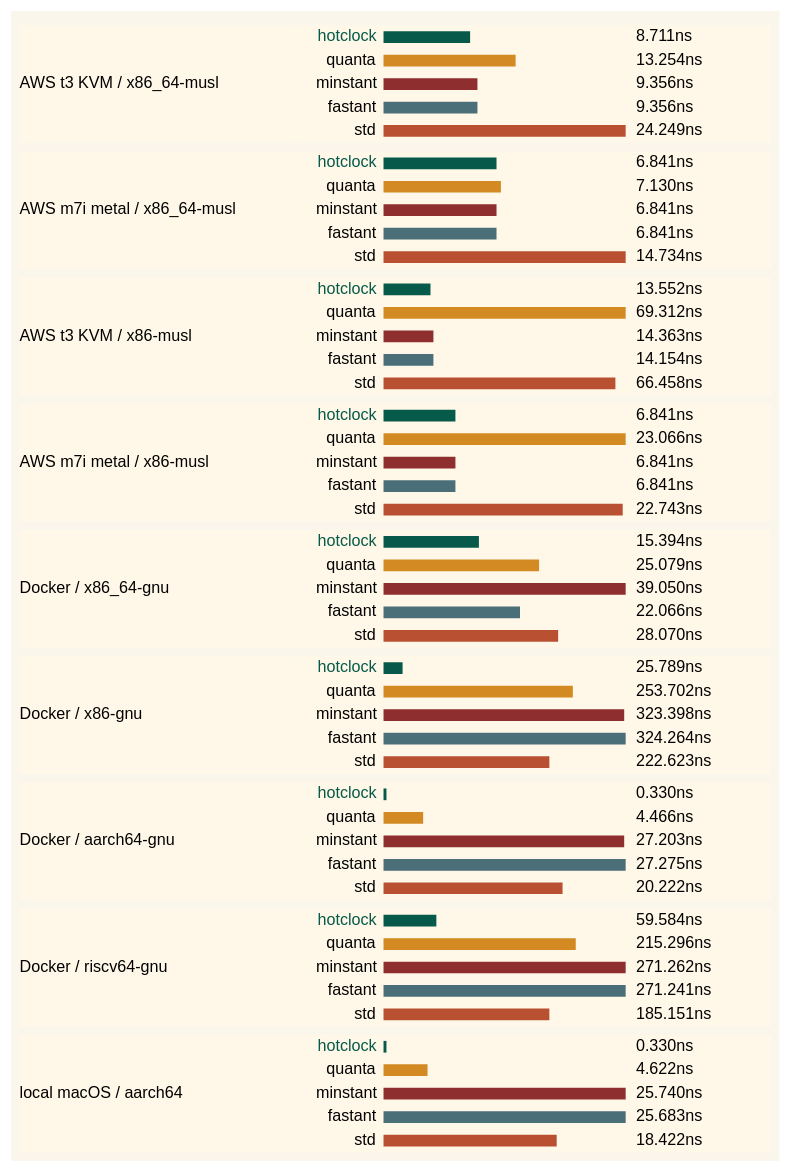
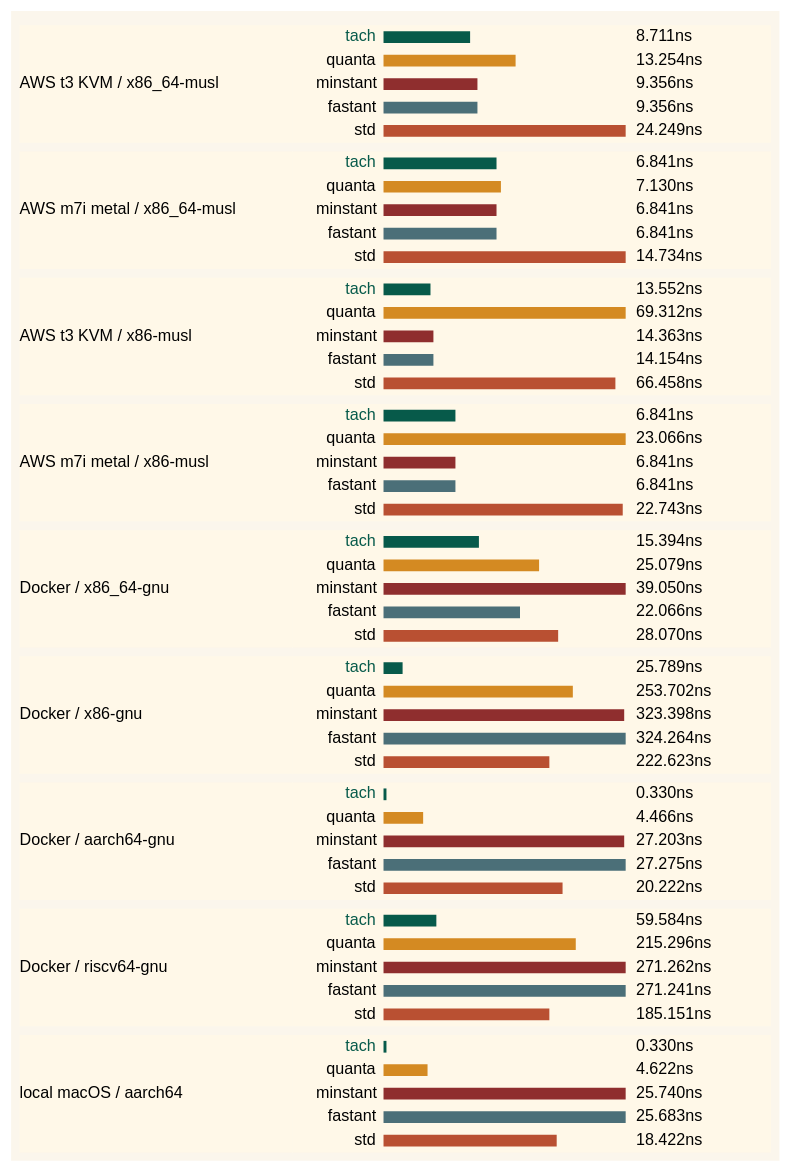
One commit to spence/hotclock changed the diagram in benches/assets/benchmark.dot. Above: the diagram before and after it, drawn with Graphviz. The commit also changed 31 other files, not shown here.

```diff
--- a/benches/assets/benchmark.dot
+++ b/benches/assets/benchmark.dot
@@ -32,7 +32,7 @@
           <TD ALIGN="LEFT" BGCOLOR="#FFF8E8" WIDTH="186">AWS t3 KVM / x86_64-musl</TD>
           <TD ALIGN="LEFT" BGCOLOR="#FFF8E8" WIDTH="326">
             <TABLE BORDER="0" CELLBORDER="0" CELLSPACING="0" CELLPADDING="2">
-              <TR><TD ALIGN="RIGHT" WIDTH="56"><FONT COLOR="#075A4A">hotclock</FONT></TD><TD ALIGN="LEFT" WIDTH="170"><TABLE BORDER="0" CELLBORDER="0" CELLSPACING="0"><TR><TD BGCOLOR="#075A4A" WIDTH="59" HEIGHT="8" FIXEDSIZE="TRUE"></TD><TD WIDTH="106" HEIGHT="8" FIXEDSIZE="TRUE"></TD></TR></TABLE></TD><TD ALIGN="LEFT" WIDTH="92">8.711ns</TD></TR>
+              <TR><TD ALIGN="RIGHT" WIDTH="56"><FONT COLOR="#075A4A">tach</FONT></TD><TD ALIGN="LEFT" WIDTH="170"><TABLE BORDER="0" CELLBORDER="0" CELLSPACING="0"><TR><TD BGCOLOR="#075A4A" WIDTH="59" HEIGHT="8" FIXEDSIZE="TRUE"></TD><TD WIDTH="106" HEIGHT="8" FIXEDSIZE="TRUE"></TD></TR></TABLE></TD><TD ALIGN="LEFT" WIDTH="92">8.711ns</TD></TR>
               <TR><TD ALIGN="RIGHT">quanta</TD><TD ALIGN="LEFT"><TABLE BORDER="0" CELLBORDER="0" CELLSPACING="0"><TR><TD BGCOLOR="#D48A22" WIDTH="90" HEIGHT="8" FIXEDSIZE="TRUE"></TD><TD WIDTH="75" HEIGHT="8" FIXEDSIZE="TRUE"></TD></TR></TABLE></TD><TD ALIGN="LEFT">13.254ns</TD></TR>
               <TR><TD ALIGN="RIGHT">minstant</TD><TD ALIGN="LEFT"><TABLE BORDER="0" CELLBORDER="0" CELLSPACING="0"><TR><TD BGCOLOR="#8F2E2E" WIDTH="64" HEIGHT="8" FIXEDSIZE="TRUE"></TD><TD WIDTH="101" HEIGHT="8" FIXEDSIZE="TRUE"></TD></TR></TABLE></TD><TD ALIGN="LEFT">9.356ns</TD></TR>
               <TR><TD ALIGN="RIGHT">fastant</TD><TD ALIGN="LEFT"><TABLE BORDER="0" CELLBORDER="0" CELLSPACING="0"><TR><TD BGCOLOR="#4B6F78" WIDTH="64" HEIGHT="8" FIXEDSIZE="TRUE"></TD><TD WIDTH="101" HEIGHT="8" FIXEDSIZE="TRUE"></TD></TR></TABLE></TD><TD ALIGN="LEFT">9.356ns</TD></TR>
@@ -46,7 +46,7 @@
           <TD ALIGN="LEFT" BGCOLOR="#FFF8E8">AWS m7i metal / x86_64-musl</TD>
           <TD ALIGN="LEFT" BGCOLOR="#FFF8E8">
             <TABLE BORDER="0" CELLBORDER="0" CELLSPACING="0" CELLPADDING="2">
-              <TR><TD ALIGN="RIGHT" WIDTH="56"><FONT COLOR="#075A4A">hotclock</FONT></TD><TD ALIGN="LEFT" WIDTH="170"><TABLE BORDER="0" CELLBORDER="0" CELLSPACING="0"><TR><TD BGCOLOR="#075A4A" WIDTH="77" HEIGHT="8" FIXEDSIZE="TRUE"></TD><TD WIDTH="88" HEIGHT="8" FIXEDSIZE="TRUE"></TD></TR></TABLE></TD><TD ALIGN="LEFT" WIDTH="92">6.841ns</TD></TR>
+              <TR><TD ALIGN="RIGHT" WIDTH="56"><FONT COLOR="#075A4A">tach</FONT></TD><TD ALIGN="LEFT" WIDTH="170"><TABLE BORDER="0" CELLBORDER="0" CELLSPACING="0"><TR><TD BGCOLOR="#075A4A" WIDTH="77" HEIGHT="8" FIXEDSIZE="TRUE"></TD><TD WIDTH="88" HEIGHT="8" FIXEDSIZE="TRUE"></TD></TR></TABLE></TD><TD ALIGN="LEFT" WIDTH="92">6.841ns</TD></TR>
               <TR><TD ALIGN="RIGHT">quanta</TD><TD ALIGN="LEFT"><TABLE BORDER="0" CELLBORDER="0" CELLSPACING="0"><TR><TD BGCOLOR="#D48A22" WIDTH="80" HEIGHT="8" FIXEDSIZE="TRUE"></TD><TD WIDTH="85" HEIGHT="8" FIXEDSIZE="TRUE"></TD></TR></TABLE></TD><TD ALIGN="LEFT">7.130ns</TD></TR>
               <TR><TD ALIGN="RIGHT">minstant</TD><TD ALIGN="LEFT"><TABLE BORDER="0" CELLBORDER="0" CELLSPACING="0"><TR><TD BGCOLOR="#8F2E2E" WIDTH="77" HEIGHT="8" FIXEDSIZE="TRUE"></TD><TD WIDTH="88" HEIGHT="8" FIXEDSIZE="TRUE"></TD></TR></TABLE></TD><TD ALIGN="LEFT">6.841ns</TD></TR>
               <TR><TD ALIGN="RIGHT">fastant</TD><TD ALIGN="LEFT"><TABLE BORDER="0" CELLBORDER="0" CELLSPACING="0"><TR><TD BGCOLOR="#4B6F78" WIDTH="77" HEIGHT="8" FIXEDSIZE="TRUE"></TD><TD WIDTH="88" HEIGHT="8" FIXEDSIZE="TRUE"></TD></TR></TABLE></TD><TD ALIGN="LEFT">6.841ns</TD></TR>
@@ -60,7 +60,7 @@
           <TD ALIGN="LEFT" BGCOLOR="#FFF8E8">AWS t3 KVM / x86-musl</TD>
           <TD ALIGN="LEFT" BGCOLOR="#FFF8E8">
             <TABLE BORDER="0" CELLBORDER="0" CELLSPACING="0" CELLPADDING="2">
-              <TR><TD ALIGN="RIGHT" WIDTH="56"><FONT COLOR="#075A4A">hotclock</FONT></TD><TD ALIGN="LEFT" WIDTH="170"><TABLE BORDER="0" CELLBORDER="0" CELLSPACING="0"><TR><TD BGCOLOR="#075A4A" WIDTH="32" HEIGHT="8" FIXEDSIZE="TRUE"></TD><TD WIDTH="133" HEIGHT="8" FIXEDSIZE="TRUE"></TD></TR></TABLE></TD><TD ALIGN="LEFT" WIDTH="92">13.552ns</TD></TR>
+              <TR><TD ALIGN="RIGHT" WIDTH="56"><FONT COLOR="#075A4A">tach</FONT></TD><TD ALIGN="LEFT" WIDTH="170"><TABLE BORDER="0" CELLBORDER="0" CELLSPACING="0"><TR><TD BGCOLOR="#075A4A" WIDTH="32" HEIGHT="8" FIXEDSIZE="TRUE"></TD><TD WIDTH="133" HEIGHT="8" FIXEDSIZE="TRUE"></TD></TR></TABLE></TD><TD ALIGN="LEFT" WIDTH="92">13.552ns</TD></TR>
               <TR><TD ALIGN="RIGHT">quanta</TD><TD ALIGN="LEFT"><TABLE BORDER="0" CELLBORDER="0" CELLSPACING="0"><TR><TD BGCOLOR="#D48A22" WIDTH="165" HEIGHT="8" FIXEDSIZE="TRUE"></TD><TD WIDTH="1" HEIGHT="8" FIXEDSIZE="TRUE"></TD></TR></TABLE></TD><TD ALIGN="LEFT">69.312ns</TD></TR>
               <TR><TD ALIGN="RIGHT">minstant</TD><TD ALIGN="LEFT"><TABLE BORDER="0" CELLBORDER="0" CELLSPACING="0"><TR><TD BGCOLOR="#8F2E2E" WIDTH="34" HEIGHT="8" FIXEDSIZE="TRUE"></TD><TD WIDTH="131" HEIGHT="8" FIXEDSIZE="TRUE"></TD></TR></TABLE></TD><TD ALIGN="LEFT">14.363ns</TD></TR>
               <TR><TD ALIGN="RIGHT">fastant</TD><TD ALIGN="LEFT"><TABLE BORDER="0" CELLBORDER="0" CELLSPACING="0"><TR><TD BGCOLOR="#4B6F78" WIDTH="34" HEIGHT="8" FIXEDSIZE="TRUE"></TD><TD WIDTH="131" HEIGHT="8" FIXEDSIZE="TRUE"></TD></TR></TABLE></TD><TD ALIGN="LEFT">14.154ns</TD></TR>
@@ -74,7 +74,7 @@
           <TD ALIGN="LEFT" BGCOLOR="#FFF8E8">AWS m7i metal / x86-musl</TD>
           <TD ALIGN="LEFT" BGCOLOR="#FFF8E8">
             <TABLE BORDER="0" CELLBORDER="0" CELLSPACING="0" CELLPADDING="2">
-              <TR><TD ALIGN="RIGHT" WIDTH="56"><FONT COLOR="#075A4A">hotclock</FONT></TD><TD ALIGN="LEFT" WIDTH="170"><TABLE BORDER="0" CELLBORDER="0" CELLSPACING="0"><TR><TD BGCOLOR="#075A4A" WIDTH="49" HEIGHT="8" FIXEDSIZE="TRUE"></TD><TD WIDTH="116" HEIGHT="8" FIXEDSIZE="TRUE"></TD></TR></TABLE></TD><TD ALIGN="LEFT" WIDTH="92">6.841ns</TD></TR>
+              <TR><TD ALIGN="RIGHT" WIDTH="56"><FONT COLOR="#075A4A">tach</FONT></TD><TD ALIGN="LEFT" WIDTH="170"><TABLE BORDER="0" CELLBORDER="0" CELLSPACING="0"><TR><TD BGCOLOR="#075A4A" WIDTH="49" HEIGHT="8" FIXEDSIZE="TRUE"></TD><TD WIDTH="116" HEIGHT="8" FIXEDSIZE="TRUE"></TD></TR></TABLE></TD><TD ALIGN="LEFT" WIDTH="92">6.841ns</TD></TR>
               <TR><TD ALIGN="RIGHT">quanta</TD><TD ALIGN="LEFT"><TABLE BORDER="0" CELLBORDER="0" CELLSPACING="0"><TR><TD BGCOLOR="#D48A22" WIDTH="165" HEIGHT="8" FIXEDSIZE="TRUE"></TD><TD WIDTH="1" HEIGHT="8" FIXEDSIZE="TRUE"></TD></TR></TABLE></TD><TD ALIGN="LEFT">23.066ns</TD></TR>
               <TR><TD ALIGN="RIGHT">minstant</TD><TD ALIGN="LEFT"><TABLE BORDER="0" CELLBORDER="0" CELLSPACING="0"><TR><TD BGCOLOR="#8F2E2E" WIDTH="49" HEIGHT="8" FIXEDSIZE="TRUE"></TD><TD WIDTH="116" HEIGHT="8" FIXEDSIZE="TRUE"></TD></TR></TABLE></TD><TD ALIGN="LEFT">6.841ns</TD></TR>
               <TR><TD ALIGN="RIGHT">fastant</TD><TD ALIGN="LEFT"><TABLE BORDER="0" CELLBORDER="0" CELLSPACING="0"><TR><TD BGCOLOR="#4B6F78" WIDTH="49" HEIGHT="8" FIXEDSIZE="TRUE"></TD><TD WIDTH="116" HEIGHT="8" FIXEDSIZE="TRUE"></TD></TR></TABLE></TD><TD ALIGN="LEFT">6.841ns</TD></TR>
@@ -88,7 +88,7 @@
           <TD ALIGN="LEFT" BGCOLOR="#FFF8E8">Docker / x86_64-gnu</TD>
           <TD ALIGN="LEFT" BGCOLOR="#FFF8E8">
             <TABLE BORDER="0" CELLBORDER="0" CELLSPACING="0" CELLPADDING="2">
-              <TR><TD ALIGN="RIGHT" WIDTH="56"><FONT COLOR="#075A4A">hotclock</FONT></TD><TD ALIGN="LEFT" WIDTH="170"><TABLE BORDER="0" CELLBORDER="0" CELLSPACING="0"><TR><TD BGCOLOR="#075A4A" WIDTH="65" HEIGHT="8" FIXEDSIZE="TRUE"></TD><TD WIDTH="100" HEIGHT="8" FIXEDSIZE="TRUE"></TD></TR></TABLE></TD><TD ALIGN="LEFT" WIDTH="92">15.394ns</TD></TR>
+              <TR><TD ALIGN="RIGHT" WIDTH="56"><FONT COLOR="#075A4A">tach</FONT></TD><TD ALIGN="LEFT" WIDTH="170"><TABLE BORDER="0" CELLBORDER="0" CELLSPACING="0"><TR><TD BGCOLOR="#075A4A" WIDTH="65" HEIGHT="8" FIXEDSIZE="TRUE"></TD><TD WIDTH="100" HEIGHT="8" FIXEDSIZE="TRUE"></TD></TR></TABLE></TD><TD ALIGN="LEFT" WIDTH="92">15.394ns</TD></TR>
               <TR><TD ALIGN="RIGHT">quanta</TD><TD ALIGN="LEFT"><TABLE BORDER="0" CELLBORDER="0" CELLSPACING="0"><TR><TD BGCOLOR="#D48A22" WIDTH="106" HEIGHT="8" FIXEDSIZE="TRUE"></TD><TD WIDTH="59" HEIGHT="8" FIXEDSIZE="TRUE"></TD></TR></TABLE></TD><TD ALIGN="LEFT">25.079ns</TD></TR>
               <TR><TD ALIGN="RIGHT">minstant</TD><TD ALIGN="LEFT"><TABLE BORDER="0" CELLBORDER="0" CELLSPACING="0"><TR><TD BGCOLOR="#8F2E2E" WIDTH="165" HEIGHT="8" FIXEDSIZE="TRUE"></TD><TD WIDTH="1" HEIGHT="8" FIXEDSIZE="TRUE"></TD></TR></TABLE></TD><TD ALIGN="LEFT">39.050ns</TD></TR>
               <TR><TD ALIGN="RIGHT">fastant</TD><TD ALIGN="LEFT"><TABLE BORDER="0" CELLBORDER="0" CELLSPACING="0"><TR><TD BGCOLOR="#4B6F78" WIDTH="93" HEIGHT="8" FIXEDSIZE="TRUE"></TD><TD WIDTH="72" HEIGHT="8" FIXEDSIZE="TRUE"></TD></TR></TABLE></TD><TD ALIGN="LEFT">22.066ns</TD></TR>
@@ -102,7 +102,7 @@
           <TD ALIGN="LEFT" BGCOLOR="#FFF8E8">Docker / x86-gnu</TD>
           <TD ALIGN="LEFT" BGCOLOR="#FFF8E8">
             <TABLE BORDER="0" CELLBORDER="0" CELLSPACING="0" CELLPADDING="2">
-              <TR><TD ALIGN="RIGHT" WIDTH="56"><FONT COLOR="#075A4A">hotclock</FONT></TD><TD ALIGN="LEFT" WIDTH="170"><TABLE BORDER="0" CELLBORDER="0" CELLSPACING="0"><TR><TD BGCOLOR="#075A4A" WIDTH="13" HEIGHT="8" FIXEDSIZE="TRUE"></TD><TD WIDTH="152" HEIGHT="8" FIXEDSIZE="TRUE"></TD></TR></TABLE></TD><TD ALIGN="LEFT" WIDTH="92">25.789ns</TD></TR>
+              <TR><TD ALIGN="RIGHT" WIDTH="56"><FONT COLOR="#075A4A">tach</FONT></TD><TD ALIGN="LEFT" WIDTH="170"><TABLE BORDER="0" CELLBORDER="0" CELLSPACING="0"><TR><TD BGCOLOR="#075A4A" WIDTH="13" HEIGHT="8" FIXEDSIZE="TRUE"></TD><TD WIDTH="152" HEIGHT="8" FIXEDSIZE="TRUE"></TD></TR></TABLE></TD><TD ALIGN="LEFT" WIDTH="92">25.789ns</TD></TR>
               <TR><TD ALIGN="RIGHT">quanta</TD><TD ALIGN="LEFT"><TABLE BORDER="0" CELLBORDER="0" CELLSPACING="0"><TR><TD BGCOLOR="#D48A22" WIDTH="129" HEIGHT="8" FIXEDSIZE="TRUE"></TD><TD WIDTH="36" HEIGHT="8" FIXEDSIZE="TRUE"></TD></TR></TABLE></TD><TD ALIGN="LEFT">253.702ns</TD></TR>
               <TR><TD ALIGN="RIGHT">minstant</TD><TD ALIGN="LEFT"><TABLE BORDER="0" CELLBORDER="0" CELLSPACING="0"><TR><TD BGCOLOR="#8F2E2E" WIDTH="164" HEIGHT="8" FIXEDSIZE="TRUE"></TD><TD WIDTH="1" HEIGHT="8" FIXEDSIZE="TRUE"></TD></TR></TABLE></TD><TD ALIGN="LEFT">323.398ns</TD></TR>
               <TR><TD ALIGN="RIGHT">fastant</TD><TD ALIGN="LEFT"><TABLE BORDER="0" CELLBORDER="0" CELLSPACING="0"><TR><TD BGCOLOR="#4B6F78" WIDTH="165" HEIGHT="8" FIXEDSIZE="TRUE"></TD><TD WIDTH="1" HEIGHT="8" FIXEDSIZE="TRUE"></TD></TR></TABLE></TD><TD ALIGN="LEFT">324.264ns</TD></TR>
@@ -116,7 +116,7 @@
           <TD ALIGN="LEFT" BGCOLOR="#FFF8E8">Docker / aarch64-gnu</TD>
           <TD ALIGN="LEFT" BGCOLOR="#FFF8E8">
             <TABLE BORDER="0" CELLBORDER="0" CELLSPACING="0" CELLPADDING="2">
-              <TR><TD ALIGN="RIGHT" WIDTH="56"><FONT COLOR="#075A4A">hotclock</FONT></TD><TD ALIGN="LEFT" WIDTH="170"><TABLE BORDER="0" CELLBORDER="0" CELLSPACING="0"><TR><TD BGCOLOR="#075A4A" WIDTH="2" HEIGHT="8" FIXEDSIZE="TRUE"></TD><TD WIDTH="163" HEIGHT="8" FIXEDSIZE="TRUE"></TD></TR></TABLE></TD><TD ALIGN="LEFT" WIDTH="92">0.330ns</TD></TR>
+              <TR><TD ALIGN="RIGHT" WIDTH="56"><FONT COLOR="#075A4A">tach</FONT></TD><TD ALIGN="LEFT" WIDTH="170"><TABLE BORDER="0" CELLBORDER="0" CELLSPACING="0"><TR><TD BGCOLOR="#075A4A" WIDTH="2" HEIGHT="8" FIXEDSIZE="TRUE"></TD><TD WIDTH="163" HEIGHT="8" FIXEDSIZE="TRUE"></TD></TR></TABLE></TD><TD ALIGN="LEFT" WIDTH="92">0.330ns</TD></TR>
               <TR><TD ALIGN="RIGHT">quanta</TD><TD ALIGN="LEFT"><TABLE BORDER="0" CELLBORDER="0" CELLSPACING="0"><TR><TD BGCOLOR="#D48A22" WIDTH="27" HEIGHT="8" FIXEDSIZE="TRUE"></TD><TD WIDTH="138" HEIGHT="8" FIXEDSIZE="TRUE"></TD></TR></TABLE></TD><TD ALIGN="LEFT">4.466ns</TD></TR>
               <TR><TD ALIGN="RIGHT">minstant</TD><TD ALIGN="LEFT"><TABLE BORDER="0" CELLBORDER="0" CELLSPACING="0"><TR><TD BGCOLOR="#8F2E2E" WIDTH="164" HEIGHT="8" FIXEDSIZE="TRUE"></TD><TD WIDTH="1" HEIGHT="8" FIXEDSIZE="TRUE"></TD></TR></TABLE></TD><TD ALIGN="LEFT">27.203ns</TD></TR>
               <TR><TD ALIGN="RIGHT">fastant</TD><TD ALIGN="LEFT"><TABLE BORDER="0" CELLBORDER="0" CELLSPACING="0"><TR><TD BGCOLOR="#4B6F78" WIDTH="165" HEIGHT="8" FIXEDSIZE="TRUE"></TD><TD WIDTH="1" HEIGHT="8" FIXEDSIZE="TRUE"></TD></TR></TABLE></TD><TD ALIGN="LEFT">27.275ns</TD></TR>
@@ -130,7 +130,7 @@
           <TD ALIGN="LEFT" BGCOLOR="#FFF8E8">Docker / riscv64-gnu</TD>
           <TD ALIGN="LEFT" BGCOLOR="#FFF8E8">
             <TABLE BORDER="0" CELLBORDER="0" CELLSPACING="0" CELLPADDING="2">
-              <TR><TD ALIGN="RIGHT" WIDTH="56"><FONT COLOR="#075A4A">hotclock</FONT></TD><TD ALIGN="LEFT" WIDTH="170"><TABLE BORDER="0" CELLBORDER="0" CELLSPACING="0"><TR><TD BGCOLOR="#075A4A" WIDTH="36" HEIGHT="8" FIXEDSIZE="TRUE"></TD><TD WIDTH="129" HEIGHT="8" FIXEDSIZE="TRUE"></TD></TR></TABLE></TD><TD ALIGN="LEFT" WIDTH="92">59.584ns</TD></TR>
+              <TR><TD ALIGN="RIGHT" WIDTH="56"><FONT COLOR="#075A4A">tach</FONT></TD><TD ALIGN="LEFT" WIDTH="170"><TABLE BORDER="0" CELLBORDER="0" CELLSPACING="0"><TR><TD BGCOLOR="#075A4A" WIDTH="36" HEIGHT="8" FIXEDSIZE="TRUE"></TD><TD WIDTH="129" HEIGHT="8" FIXEDSIZE="TRUE"></TD></TR></TABLE></TD><TD ALIGN="LEFT" WIDTH="92">59.584ns</TD></TR>
               <TR><TD ALIGN="RIGHT">quanta</TD><TD ALIGN="LEFT"><TABLE BORDER="0" CELLBORDER="0" CELLSPACING="0"><TR><TD BGCOLOR="#D48A22" WIDTH="131" HEIGHT="8" FIXEDSIZE="TRUE"></TD><TD WIDTH="34" HEIGHT="8" FIXEDSIZE="TRUE"></TD></TR></TABLE></TD><TD ALIGN="LEFT">215.296ns</TD></TR>
               <TR><TD ALIGN="RIGHT">minstant</TD><TD ALIGN="LEFT"><TABLE BORDER="0" CELLBORDER="0" CELLSPACING="0"><TR><TD BGCOLOR="#8F2E2E" WIDTH="165" HEIGHT="8" FIXEDSIZE="TRUE"></TD><TD WIDTH="1" HEIGHT="8" FIXEDSIZE="TRUE"></TD></TR></TABLE></TD><TD ALIGN="LEFT">271.262ns</TD></TR>
               <TR><TD ALIGN="RIGHT">fastant</TD><TD ALIGN="LEFT"><TABLE BORDER="0" CELLBORDER="0" CELLSPACING="0"><TR><TD BGCOLOR="#4B6F78" WIDTH="165" HEIGHT="8" FIXEDSIZE="TRUE"></TD><TD WIDTH="1" HEIGHT="8" FIXEDSIZE="TRUE"></TD></TR></TABLE></TD><TD ALIGN="LEFT">271.241ns</TD></TR>
@@ -144,7 +144,7 @@
           <TD ALIGN="LEFT" BGCOLOR="#FFF8E8">local macOS / aarch64</TD>
           <TD ALIGN="LEFT" BGCOLOR="#FFF8E8">
             <TABLE BORDER="0" CELLBORDER="0" CELLSPACING="0" CELLPADDING="2">
-              <TR><TD ALIGN="RIGHT" WIDTH="56"><FONT COLOR="#075A4A">hotclock</FONT></TD><TD ALIGN="LEFT" WIDTH="170"><TABLE BORDER="0" CELLBORDER="0" CELLSPACING="0"><TR><TD BGCOLOR="#075A4A" WIDTH="2" HEIGHT="8" FIXEDSIZE="TRUE"></TD><TD WIDTH="163" HEIGHT="8" FIXEDSIZE="TRUE"></TD></TR></TABLE></TD><TD ALIGN="LEFT" WIDTH="92">0.330ns</TD></TR>
+              <TR><TD ALIGN="RIGHT" WIDTH="56"><FONT COLOR="#075A4A">tach</FONT></TD><TD ALIGN="LEFT" WIDTH="170"><TABLE BORDER="0" CELLBORDER="0" CELLSPACING="0"><TR><TD BGCOLOR="#075A4A" WIDTH="2" HEIGHT="8" FIXEDSIZE="TRUE"></TD><TD WIDTH="163" HEIGHT="8" FIXEDSIZE="TRUE"></TD></TR></TABLE></TD><TD ALIGN="LEFT" WIDTH="92">0.330ns</TD></TR>
               <TR><TD ALIGN="RIGHT">quanta</TD><TD ALIGN="LEFT"><TABLE BORDER="0" CELLBORDER="0" CELLSPACING="0"><TR><TD BGCOLOR="#D48A22" WIDTH="30" HEIGHT="8" FIXEDSIZE="TRUE"></TD><TD WIDTH="135" HEIGHT="8" FIXEDSIZE="TRUE"></TD></TR></TABLE></TD><TD ALIGN="LEFT">4.622ns</TD></TR>
               <TR><TD ALIGN="RIGHT">minstant</TD><TD ALIGN="LEFT"><TABLE BORDER="0" CELLBORDER="0" CELLSPACING="0"><TR><TD BGCOLOR="#8F2E2E" WIDTH="165" HEIGHT="8" FIXEDSIZE="TRUE"></TD><TD WIDTH="1" HEIGHT="8" FIXEDSIZE="TRUE"></TD></TR></TABLE></TD><TD ALIGN="LEFT">25.740ns</TD></TR>
               <TR><TD ALIGN="RIGHT">fastant</TD><TD ALIGN="LEFT"><TABLE BORDER="0" CELLBORDER="0" CELLSPACING="0"><TR><TD BGCOLOR="#4B6F78" WIDTH="165" HEIGHT="8" FIXEDSIZE="TRUE"></TD><TD WIDTH="1" HEIGHT="8" FIXEDSIZE="TRUE"></TD></TR></TABLE></TD><TD ALIGN="LEFT">25.683ns</TD></TR>
```
